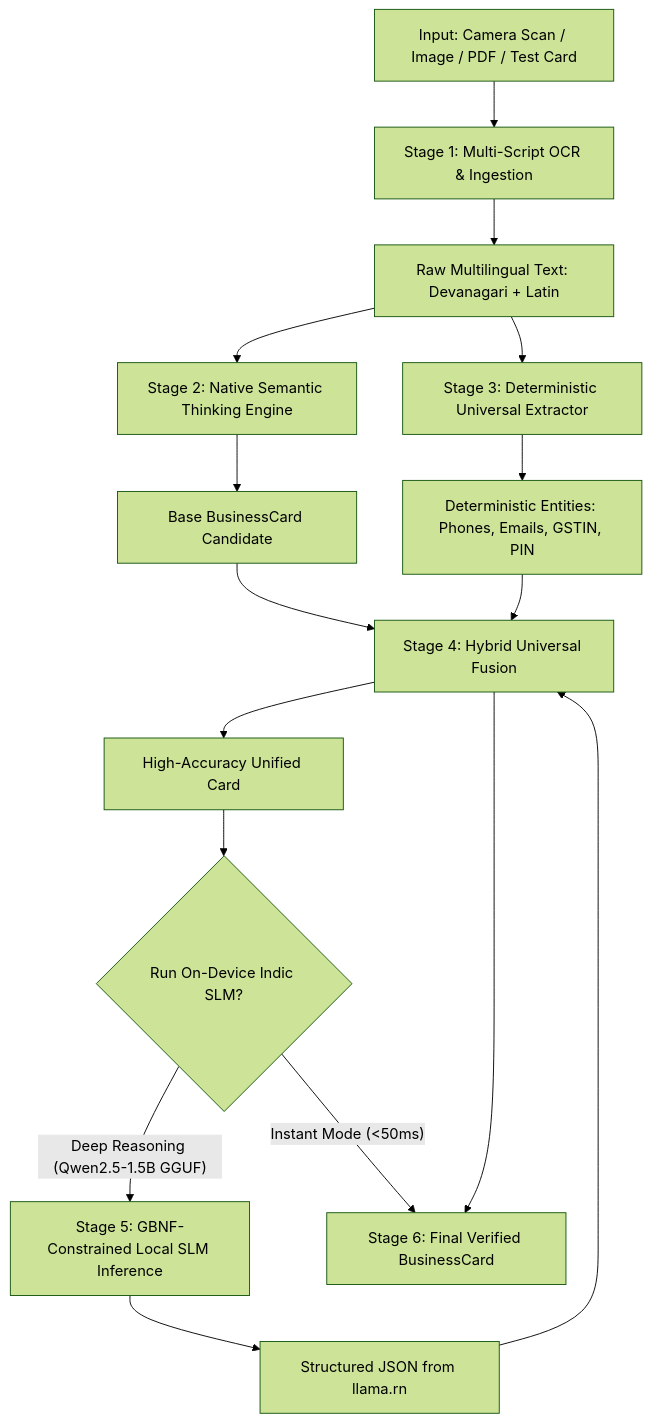
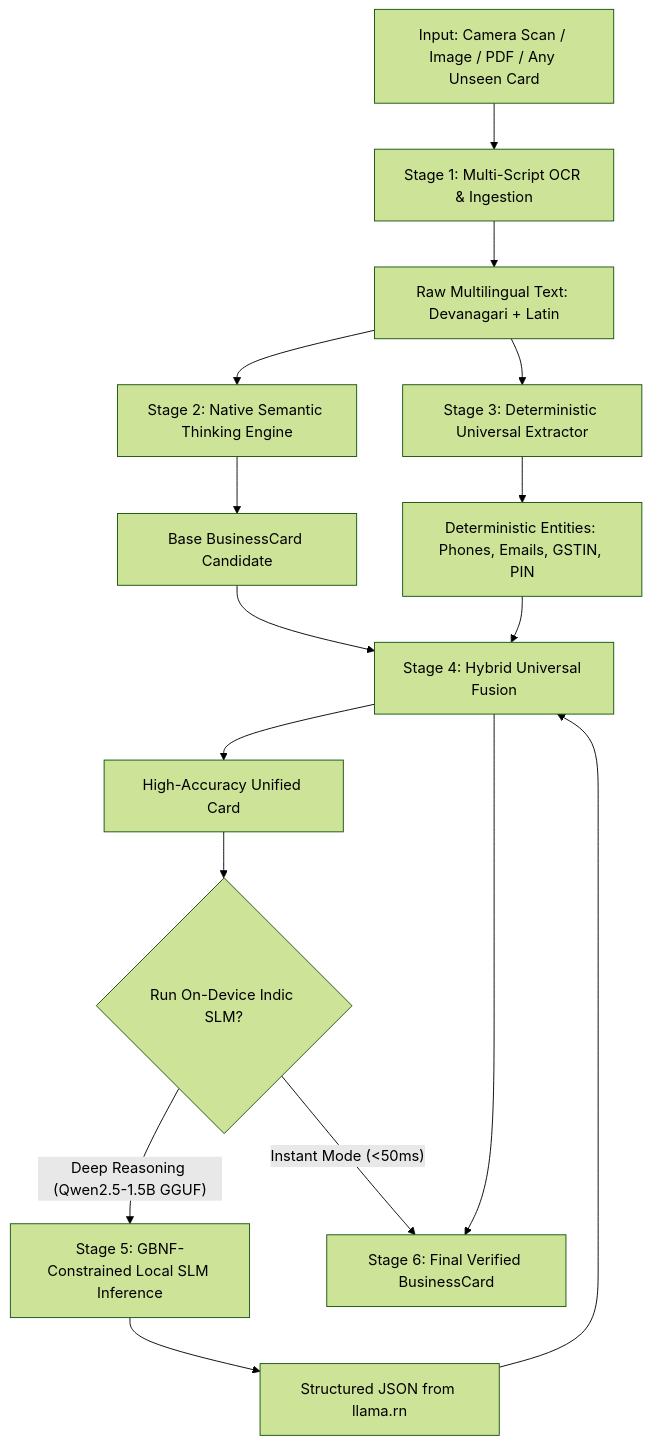
One commit to balram-01/react-native-card-lens changed the first of 2 diagrams in docs/PROCESSING_MECHANISM_STEP_BY_STEP.md. Above: the diagram before and after it, drawn with Mermaid (forest theme). The commit also changed other lines of this file, not shown here.

Commit message:
docs: clarify universal dynamic generalization for unseen cards

````diff
--- a/docs/PROCESSING_MECHANISM_STEP_BY_STEP.md
+++ b/docs/PROCESSING_MECHANISM_STEP_BY_STEP.md
@@ -9,21 +9,21 @@
 ```mermaid
 flowchart TD
-    A[Input: Camera Scan / Image / PDF / Test Card] --> B[Stage 1: Multi-Script OCR & Ingestion]
+    A[Input: Camera Scan / Image / PDF / Any Unseen Card] --> B[Stage 1: Multi-Script OCR & Ingestion]
     B --> C[Raw Multilingual Text: Devanagari + Latin]
 
     C --> D[Stage 2: Native Semantic Thinking Engine]
     D --> E[Base BusinessCard Candidate]
 
     C --> F[Stage 3: Deterministic Universal Extractor]
     F --> G[Deterministic Entities: Phones, Emails, GSTIN, PIN]
 
     E & G --> H[Stage 4: Hybrid Universal Fusion]
     H --> J[High-Accuracy Unified Card]
 
     J --> K{Run On-Device Indic SLM?}
     K -- "Deep Reasoning (Qwen2.5-1.5B GGUF)" --> L[Stage 5: GBNF-Constrained Local SLM Inference]
     L --> M[Structured JSON from llama.rn]
     M --> H
     K -- "Instant Mode (<50ms)" --> N[Stage 6: Final Verified BusinessCard]
     H --> N
 ```
````
